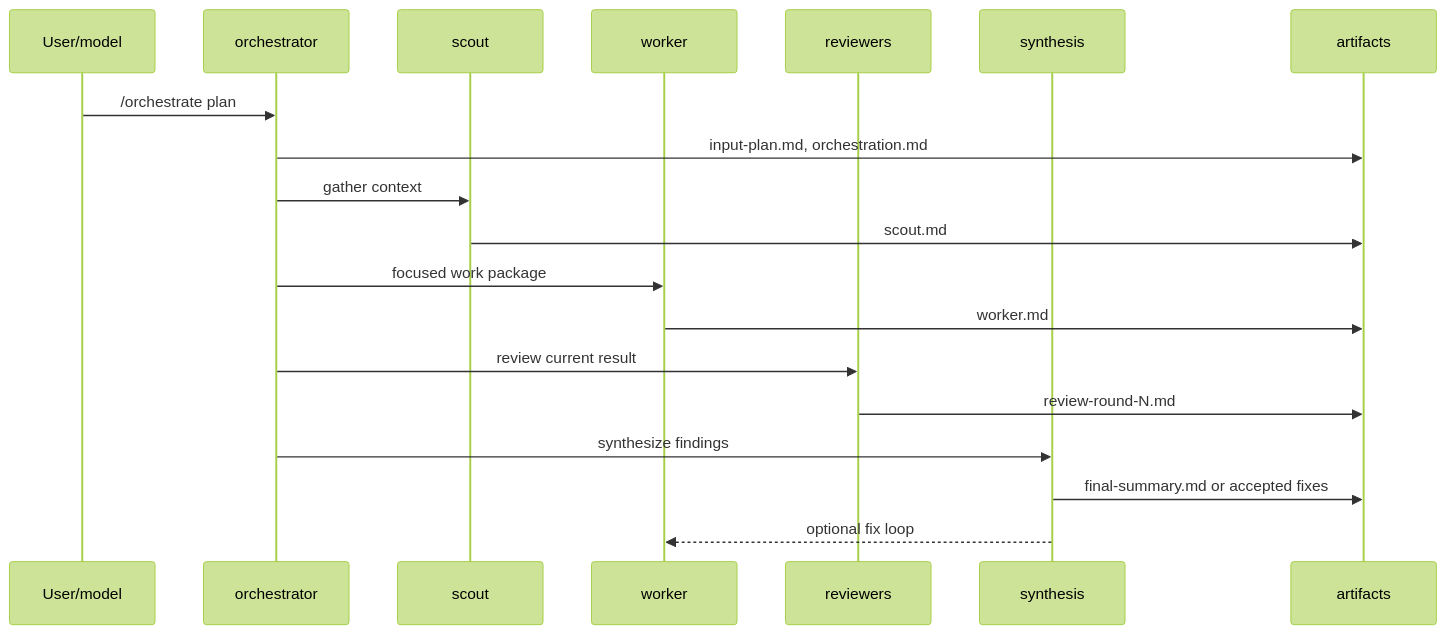
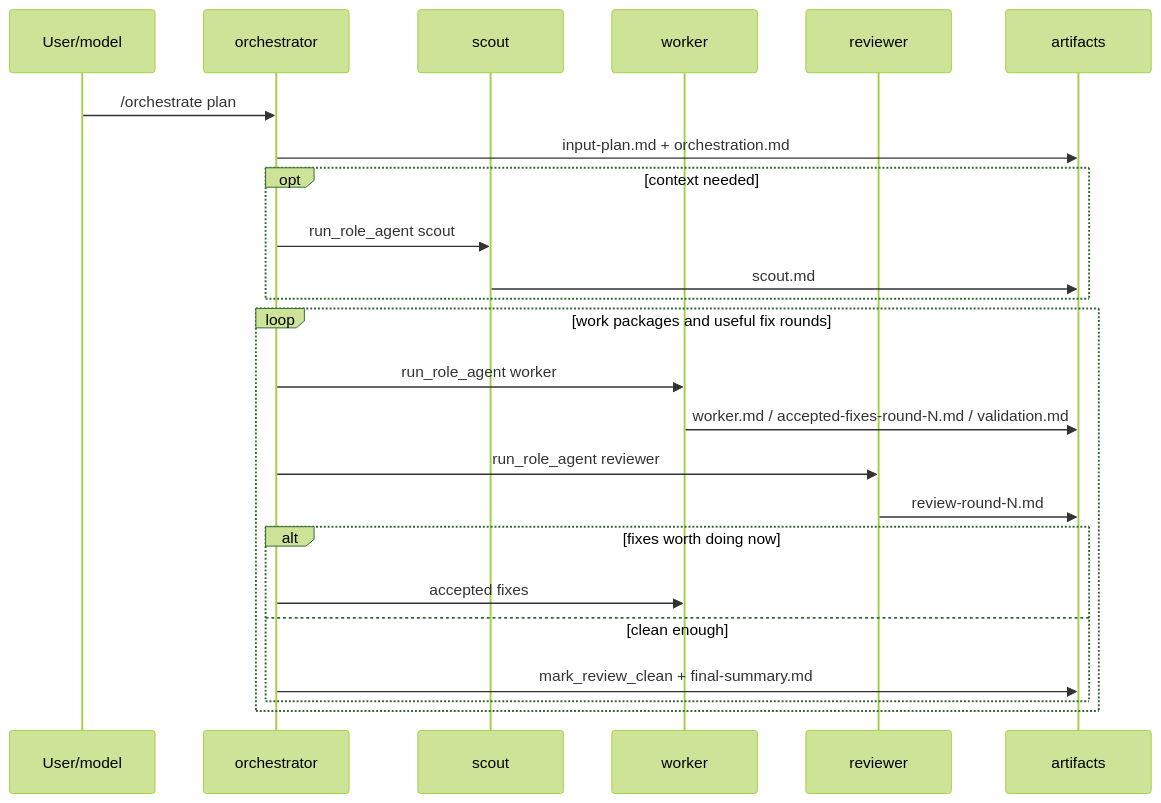
Before and after one commit to SkipXS/pi-simple-subagents: the third of 4 diagrams in README.md, drawn with Mermaid (forest theme). The commit also changed other lines of this file and 5 other files, not shown here.

````diff
--- a/README.md
+++ b/README.md
@@ -138,22 +147,29 @@
 ```mermaid
 sequenceDiagram
   participant U as User/model
   participant O as orchestrator
   participant S as scout
   participant W as worker
-  participant R as reviewers
-  participant Y as synthesis
+  participant R as reviewer
   participant A as artifacts
 
   U->>O: /orchestrate plan
-  O->>A: input-plan.md, orchestration.md
-  O->>S: gather context
-  S->>A: scout.md
-  O->>W: focused work package
-  W->>A: worker.md
-  O->>R: review current result
-  R->>A: review-round-N.md
-  O->>Y: synthesize findings
-  Y->>A: final-summary.md or accepted fixes
-  Y-->>W: optional fix loop
+  O->>A: input-plan.md + orchestration.md
+
+  opt context needed
+    O->>S: run_role_agent scout
+    S->>A: scout.md
+  end
+
+  loop work packages and useful fix rounds
+    O->>W: run_role_agent worker
+    W->>A: worker.md / accepted-fixes-round-N.md / validation.md
+    O->>R: run_role_agent reviewer
+    R->>A: review-round-N.md
+    alt fixes worth doing now
+      O->>W: accepted fixes
+    else clean enough
+      O->>A: mark_review_clean + final-summary.md
+    end
+  end
 ```
````
